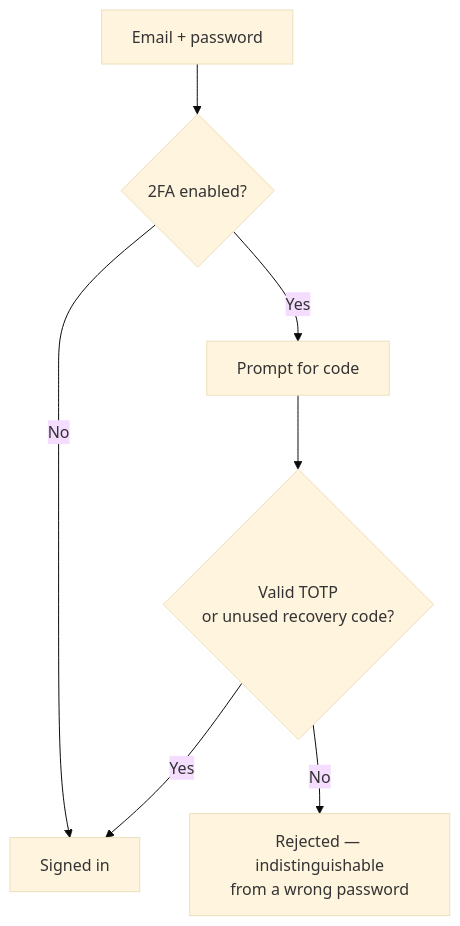
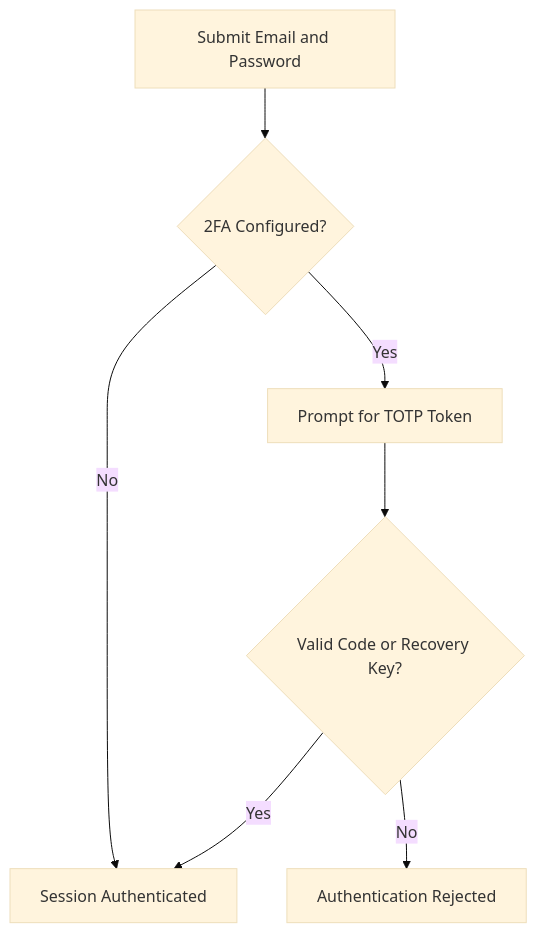
One commit to rempprandy/docs changed the diagram in getting-started/secure-your-account.mdx. Above: the diagram before and after it, drawn with Mermaid (base theme). The commit also changed other lines of this file and 37 other files, not shown here.

````diff
--- a/getting-started/secure-your-account.mdx
+++ b/getting-started/secure-your-account.mdx
@@ -41,9 +42,9 @@
 ```mermaid
 flowchart TB
-    A[Email + password] --> B{2FA enabled?}
-    B -->|No| E[Signed in]
-    B -->|Yes| C[Prompt for code]
-    C --> D{Valid TOTP<br/>or unused recovery code?}
+    A[Submit Email and Password] --> B{2FA Configured?}
+    B -->|No| E[Session Authenticated]
+    B -->|Yes| C[Prompt for TOTP Token]
+    C --> D{Valid Code or Recovery Key?}
     D -->|Yes| E
-    D -->|No| F[Rejected — indistinguishable<br/>from a wrong password]
+    D -->|No| F[Authentication Rejected]
 ```
````
